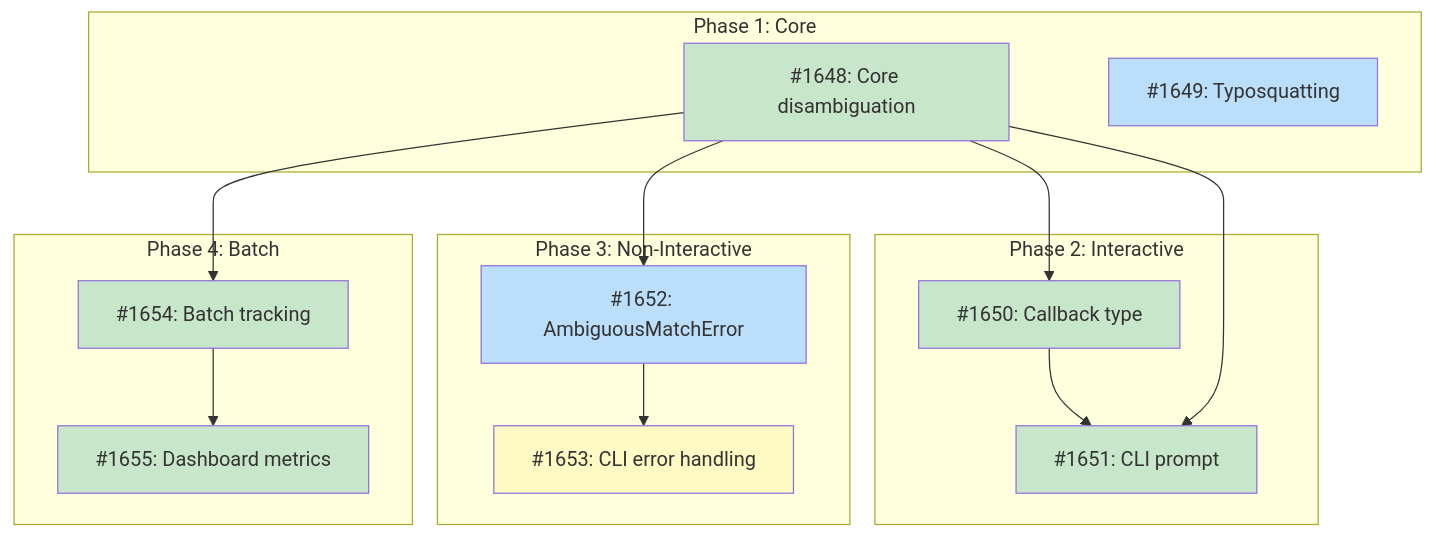
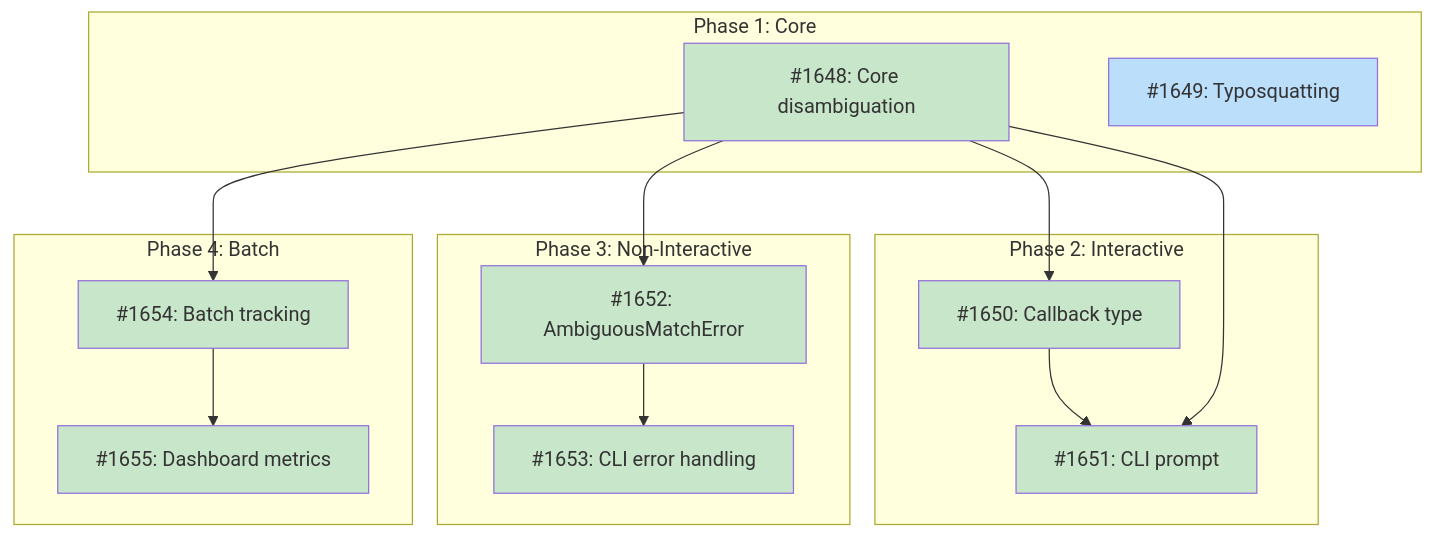
One commit to tsukumogami/tsuku changed the diagram in docs/designs/DESIGN-disambiguation.md. Above: the diagram before and after it, drawn with Mermaid. The commit also changed other lines of this file and 6 other files, not shown here.

````diff
--- a/docs/designs/DESIGN-disambiguation.md
+++ b/docs/designs/DESIGN-disambiguation.md
@@ -54,39 +54,38 @@
 ```mermaid
 graph TD
     subgraph Phase1["Phase 1: Core"]
         I1648["#1648: Core disambiguation"]
         I1649["#1649: Typosquatting"]
     end
 
     subgraph Phase2["Phase 2: Interactive"]
         I1650["#1650: Callback type"]
         I1651["#1651: CLI prompt"]
     end
 
     subgraph Phase3["Phase 3: Non-Interactive"]
         I1652["#1652: AmbiguousMatchError"]
         I1653["#1653: CLI error handling"]
     end
 
     subgraph Phase4["Phase 4: Batch"]
         I1654["#1654: Batch tracking"]
         I1655["#1655: Dashboard metrics"]
     end
 
     I1648 --> I1650
     I1650 --> I1651
     I1648 --> I1651
     I1648 --> I1652
     I1652 --> I1653
     I1648 --> I1654
     I1654 --> I1655
 
     classDef done fill:#c8e6c9
     classDef ready fill:#bbdefb
     classDef blocked fill:#fff9c4
     classDef needsDesign fill:#e1bee7
 
-    class I1648,I1650,I1651,I1654,I1655 done
-    class I1649,I1652 ready
-    class I1653 blocked
+    class I1648,I1650,I1651,I1652,I1653,I1654,I1655 done
+    class I1649 ready
 ```
````
